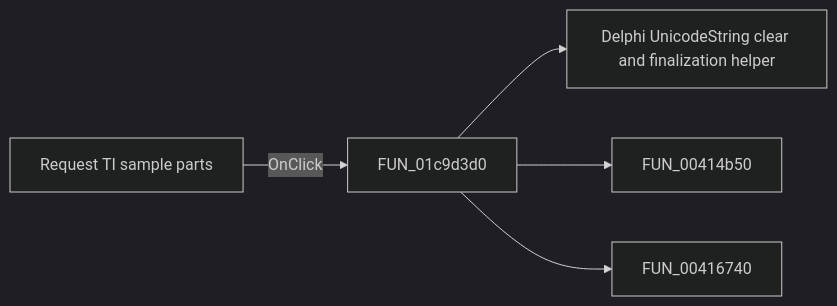
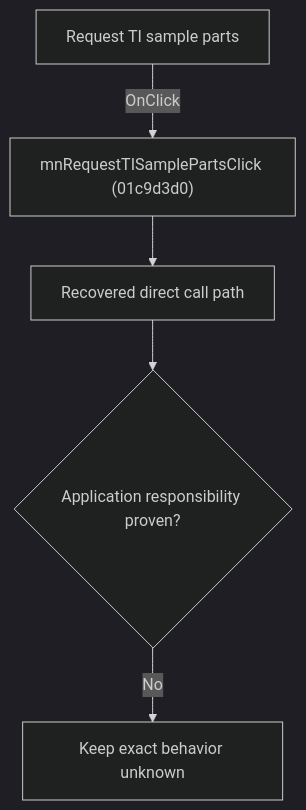
One commit to MovGP0/TIARA changed the diagram in docs/ui-controls/schematiceditor/mnrequesttisampleparts-def2a648d5.md. Above: the diagram before and after it, drawn with Mermaid (dark theme). The commit also changed other lines of this file and 1062 other files, not shown here.

````diff
--- a/docs/ui-controls/schematiceditor/mnrequesttisampleparts-def2a648d5.md
+++ b/docs/ui-controls/schematiceditor/mnrequesttisampleparts-def2a648d5.md
@@ -27,7 +27,7 @@
 ```mermaid
-flowchart LR
-    control["Request TI sample parts"] -->|OnClick| handler["FUN_01c9d3d0"]
-    handler --> call1["Delphi UnicodeString clear and finalization helper"]
-    handler --> call2["FUN_00414b50"]
-    handler --> call3["FUN_00416740"]
+flowchart TD
+    control["Request TI sample parts"] -->|"OnClick"| handler["mnRequestTISamplePartsClick (01c9d3d0)"]
+    handler --> recovered["Recovered direct call path"]
+    recovered --> gap{"Application responsibility proven?"}
+    gap -->|"No"| blocked["Keep exact behavior unknown"]
 ```
````
